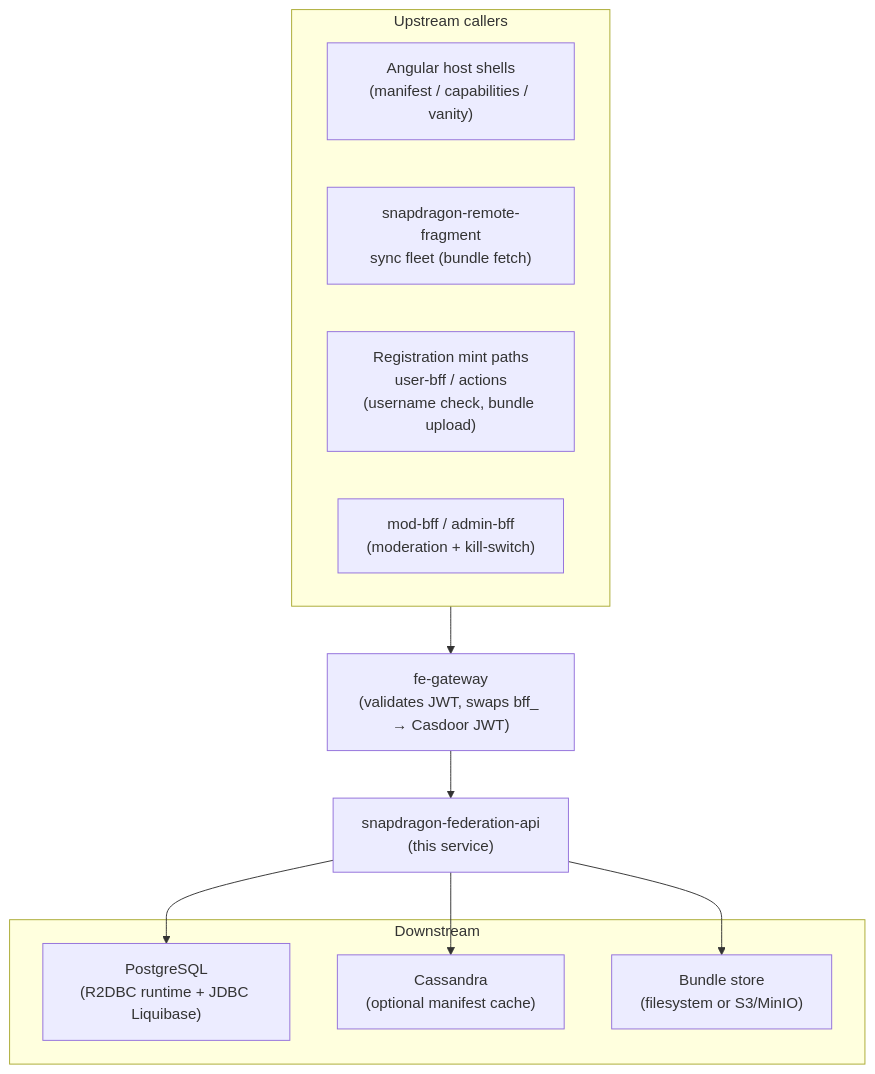
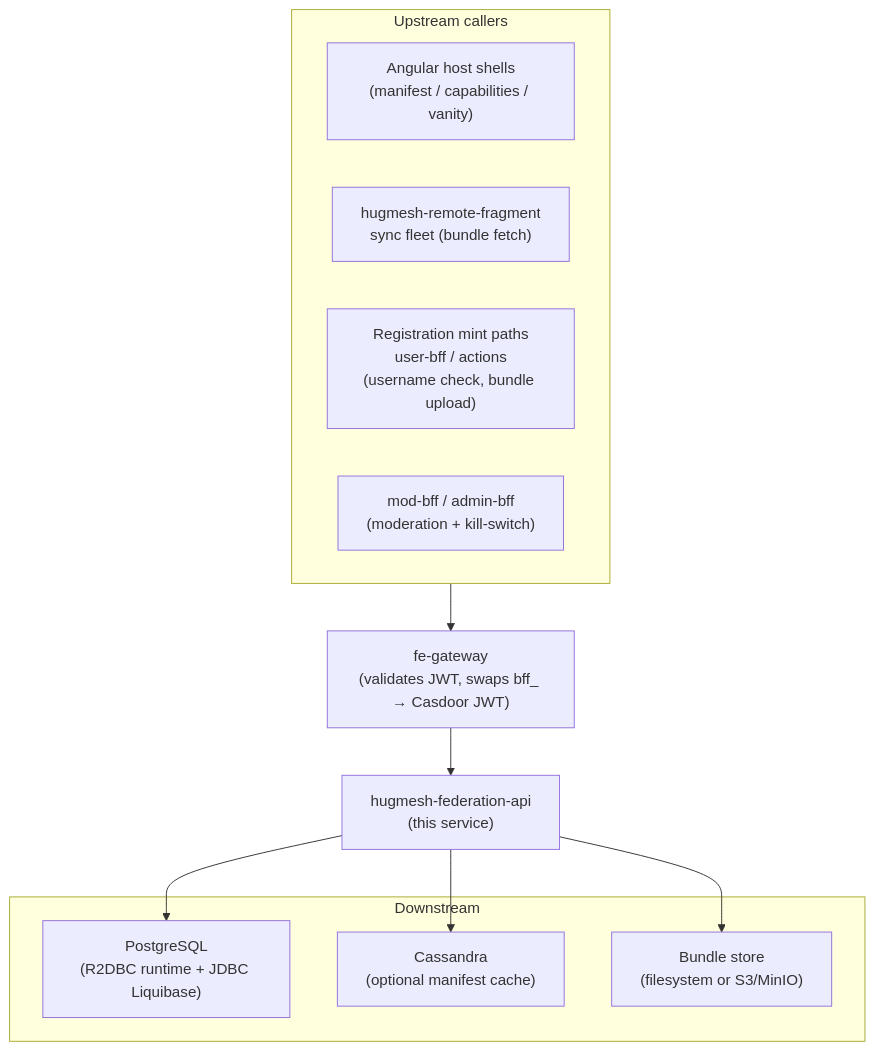
One commit to hugmesh/hugmesh-federation-api changed the first of 5 diagrams in README.md. Above: the diagram before and after it, drawn with Mermaid. The commit also changed other lines of this file and 242 other files, not shown here.

````diff
--- a/README.md
+++ b/README.md
@@ -92,24 +92,24 @@
 ```mermaid
 flowchart TB
     subgraph Callers["Upstream callers"]
         HostShell["Angular host shells\n(manifest / capabilities / vanity)"]
-        RemoteFragment["snapdragon-remote-fragment\nsync fleet (bundle fetch)"]
+        RemoteFragment["hugmesh-remote-fragment\nsync fleet (bundle fetch)"]
         RegMint["Registration mint paths\nuser-bff / actions\n(username check, bundle upload)"]
         ModAdmin["mod-bff / admin-bff\n(moderation + kill-switch)"]
     end
 
     Gateway["fe-gateway\n(validates JWT, swaps bff_ → Casdoor JWT)"]
 
-    FedAPI["snapdragon-federation-api\n(this service)"]
+    FedAPI["hugmesh-federation-api\n(this service)"]
 
     subgraph Downstream["Downstream"]
         PG["PostgreSQL\n(R2DBC runtime + JDBC Liquibase)"]
         Cassandra["Cassandra\n(optional manifest cache)"]
         BundleStore["Bundle store\n(filesystem or S3/MinIO)"]
     end
 
     Callers --> Gateway --> FedAPI
     FedAPI --> PG
     FedAPI --> Cassandra
     FedAPI --> BundleStore
 ```
````
